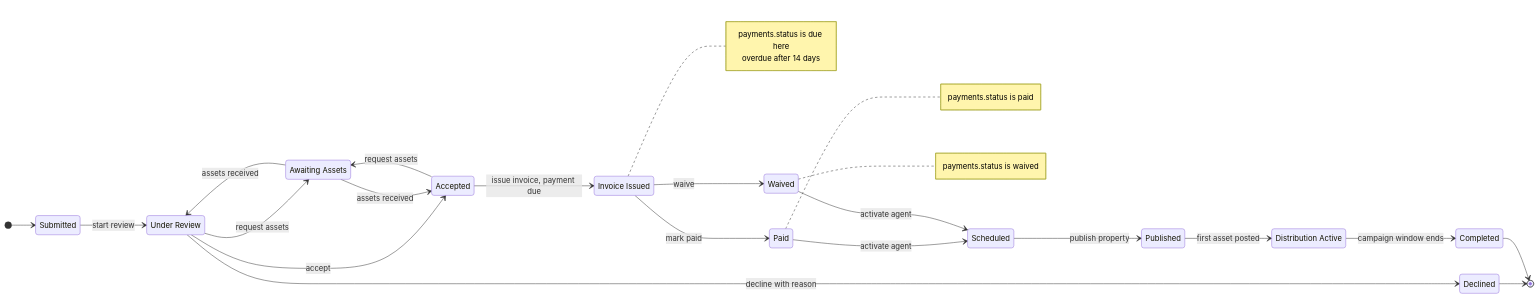
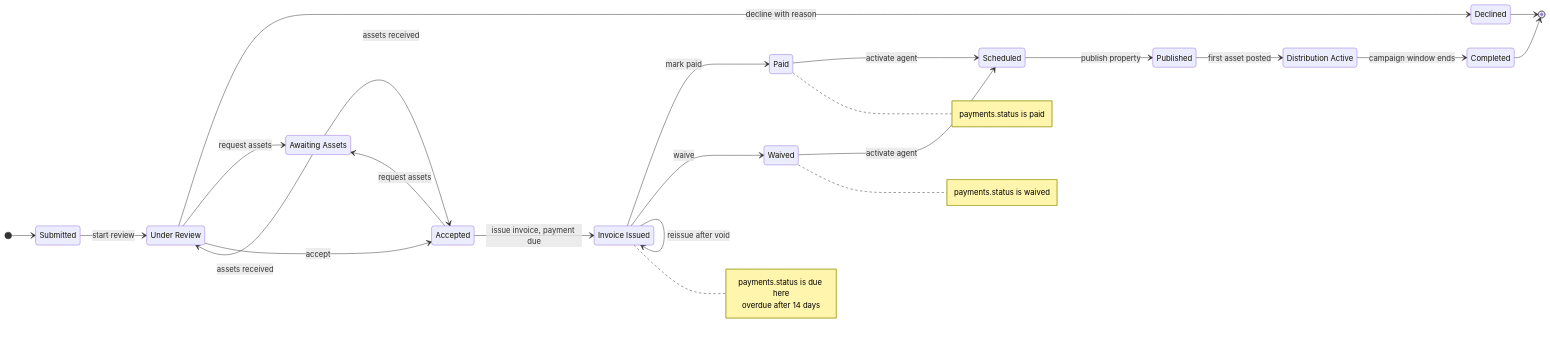
One commit to AbdulrahmanAmer/matter-of-place changed the first of 3 diagrams in workspace/03-diagrams/plans-b.md. Above: the diagram before and after it, drawn with Mermaid. The commit also changed 69 other files, not shown here.

````diff
--- a/workspace/03-diagrams/plans-b.md
+++ b/workspace/03-diagrams/plans-b.md
@@ -11,36 +11,37 @@
 ```mermaid
 stateDiagram-v2
   direction LR
   [*] --> Submitted
   Submitted --> UnderReview: start review
   UnderReview --> Declined: decline with reason
   UnderReview --> AwaitingAssets: request assets
   AwaitingAssets --> UnderReview: assets received
   UnderReview --> Accepted: accept
   Accepted --> AwaitingAssets: request assets
   AwaitingAssets --> Accepted: assets received
   Accepted --> InvoiceIssued: issue invoice, payment due
   InvoiceIssued --> Paid: mark paid
   InvoiceIssued --> Waived: waive
+  InvoiceIssued --> InvoiceIssued: reissue after void
   Paid --> Scheduled: activate agent
   Waived --> Scheduled: activate agent
   Scheduled --> Published: publish property
   Published --> DistributionActive: first asset posted
   DistributionActive --> Completed: campaign window ends
   Declined --> [*]
   Completed --> [*]
   state "Under Review" as UnderReview
   state "Awaiting Assets" as AwaitingAssets
   state "Invoice Issued" as InvoiceIssued
   state "Distribution Active" as DistributionActive
   note right of InvoiceIssued
     payments.status is due here
     overdue after 14 days
   end note
   note right of Paid
     payments.status is paid
   end note
   note right of Waived
     payments.status is waived
   end note
 ```
````
